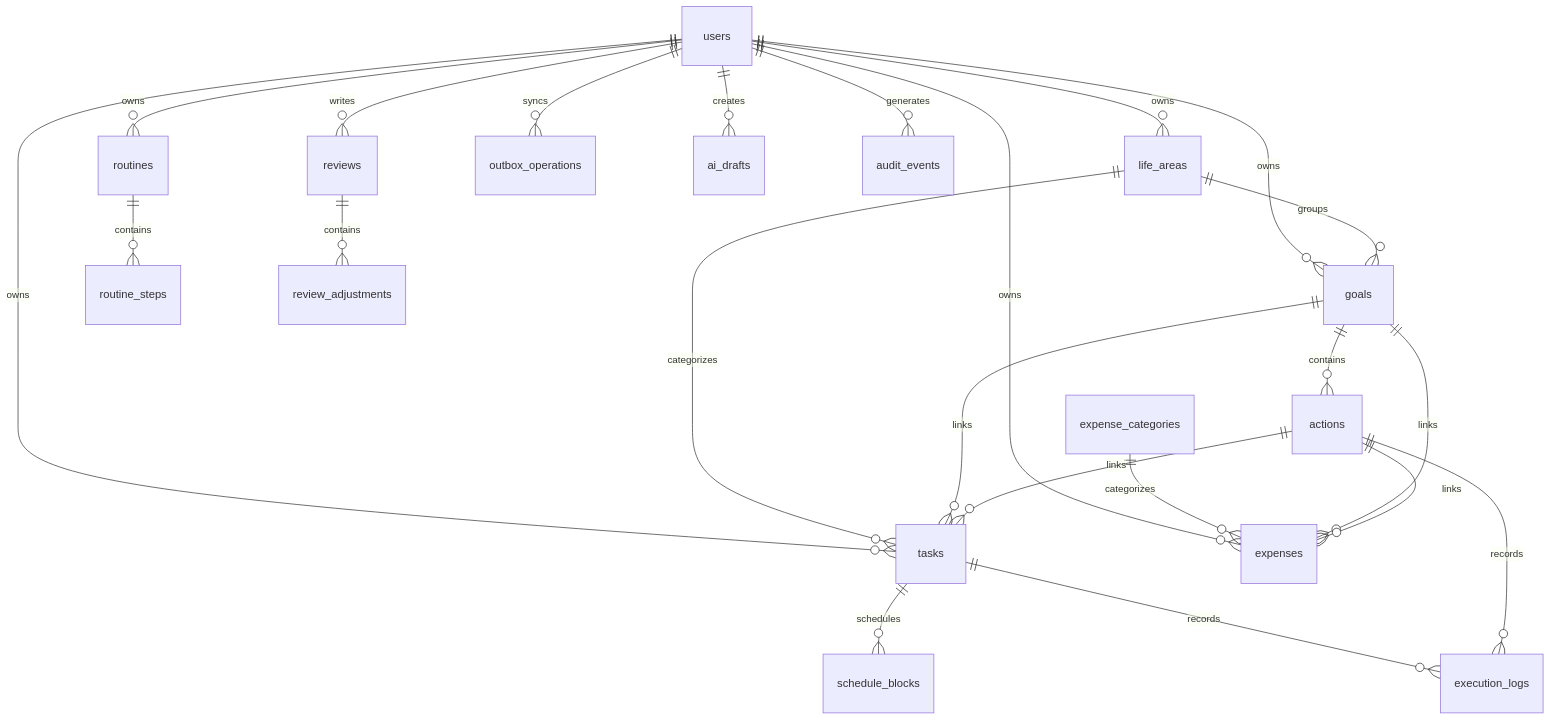
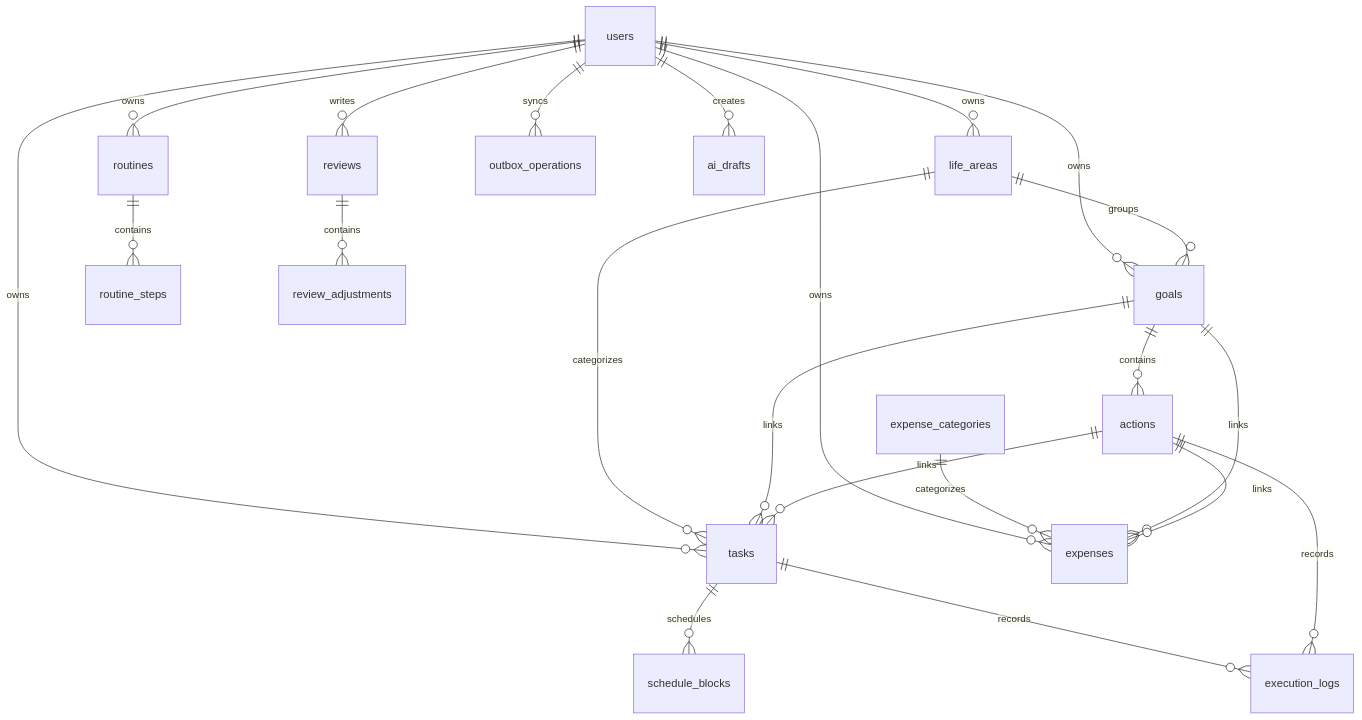
One commit to 7codeyyy-sudo/Livefil changed the diagram in doc/05-technical-design/数据库设计文档.md. Above: the diagram before and after it, drawn with Mermaid. The commit also changed other lines of this file and 4 other files, not shown here.

````diff
--- a/doc/05-technical-design/数据库设计文档.md
+++ b/doc/05-technical-design/数据库设计文档.md
@@ -21,25 +21,24 @@
 ```mermaid
 erDiagram
     users ||--o{ life_areas : owns
     users ||--o{ goals : owns
     life_areas ||--o{ goals : groups
     goals ||--o{ actions : contains
     users ||--o{ tasks : owns
     life_areas ||--o{ tasks : categorizes
     goals ||--o{ tasks : links
     actions ||--o{ tasks : links
     tasks ||--o{ schedule_blocks : schedules
     tasks ||--o{ execution_logs : records
     actions ||--o{ execution_logs : records
     users ||--o{ routines : owns
     routines ||--o{ routine_steps : contains
     users ||--o{ expenses : owns
     expense_categories ||--o{ expenses : categorizes
     goals ||--o{ expenses : links
     actions ||--o{ expenses : links
     users ||--o{ reviews : writes
     reviews ||--o{ review_adjustments : contains
     users ||--o{ outbox_operations : syncs
     users ||--o{ ai_drafts : creates
-    users ||--o{ audit_events : generates
 ```
````
